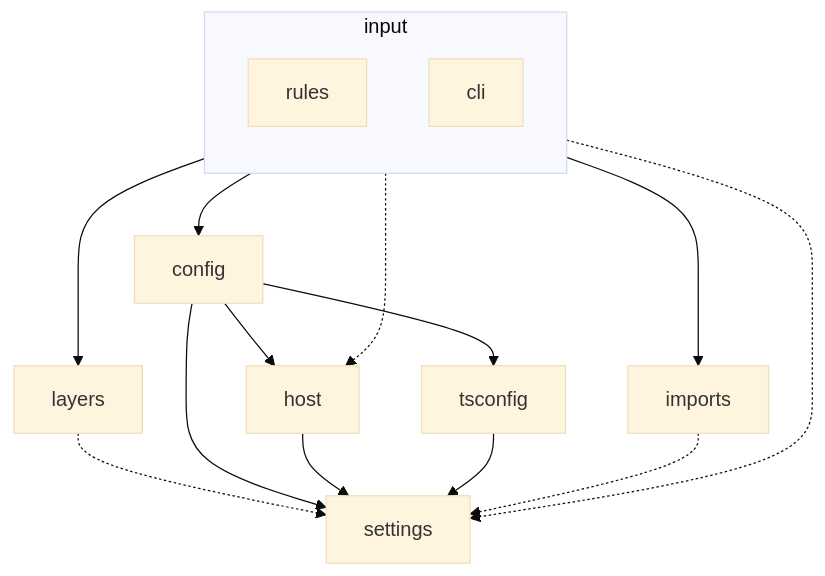
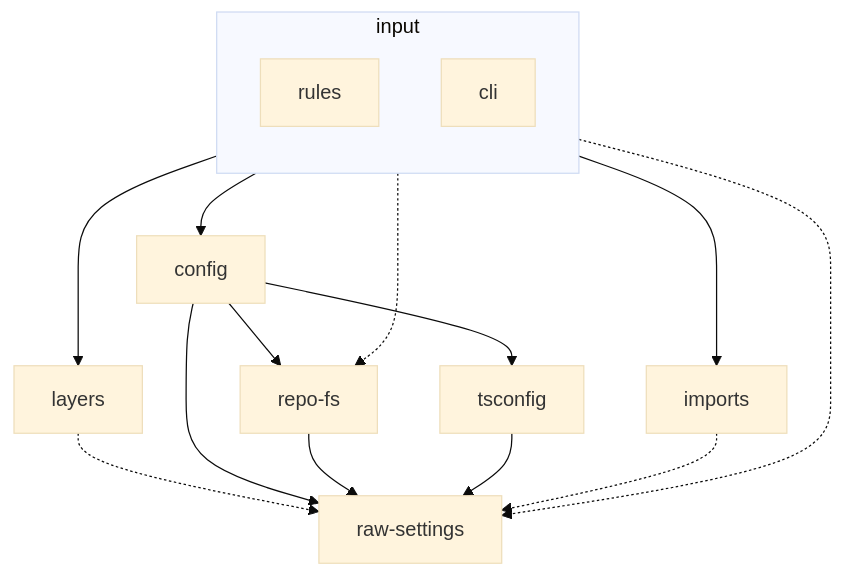
Before and after one commit to jt4d-lab/weld: the diagram in src/dependencies.md, drawn with Mermaid (base theme). The commit also changed other lines of this file and 50 other files, not shown here.

````diff
--- a/src/dependencies.md
+++ b/src/dependencies.md
@@ -3,35 +3,35 @@
 ```mermaid
 flowchart TD
     subgraph input
         direction TB
 
         rules
 
         cli
     end
 
     config
-    host
+    repoFs["repo-fs"]
     tsconfig
     layers
     imports
-    settings
+    rawSettings["raw-settings"]
 
     input --> config
     input --> imports
     input --> layers
-    input -.-> settings
-    input -.-> host
+    input -.-> rawSettings
+    input -.-> repoFs
 
-    layers -.-> settings
+    layers -.-> rawSettings
 
-    config --> settings
+    config --> rawSettings
     config --> tsconfig
-    config --> host
+    config --> repoFs
 
-    host --> settings
+    repoFs --> rawSettings
 
-    tsconfig --> settings
+    tsconfig --> rawSettings
 
-    imports -.-> settings
+    imports -.-> rawSettings
 ```
````
